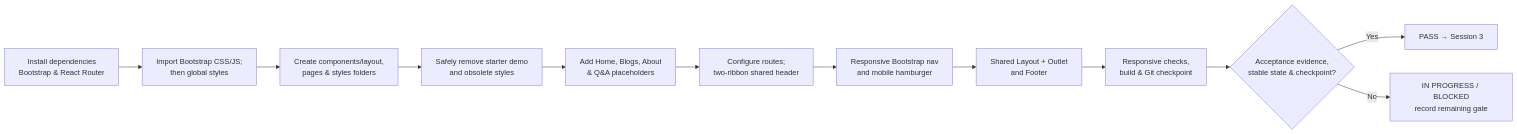
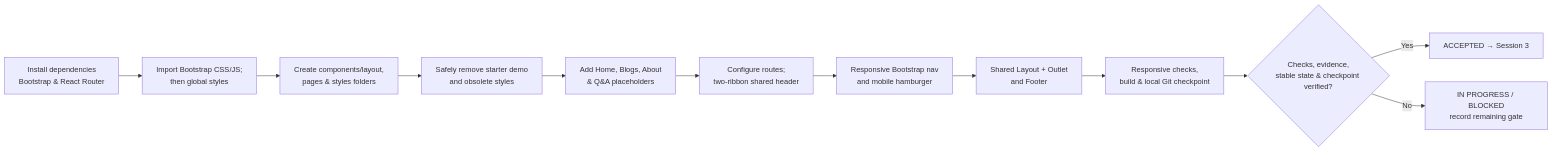
One commit to jaydeeprajputprojects-wq/codeclassic changed the fourth of 13 diagrams in docs/report/phase-1-session-report.md. Above: the diagram before and after it, drawn with Mermaid. The commit also changed other lines of this file and 4 other files, not shown here.

Commit message:
feat: update project context and session report to reflect Session 2 acceptance, revise learning guide for clarity, and replace execution plan document

````diff
--- a/docs/report/phase-1-session-report.md
+++ b/docs/report/phase-1-session-report.md
@@ -112,14 +114,14 @@
 ```mermaid
 flowchart LR
     A["Install dependencies<br/>Bootstrap & React Router"] --> B["Import Bootstrap CSS/JS;<br/>then global styles"]
     B --> C["Create components/layout,<br/>pages & styles folders"]
     C --> D["Safely remove starter demo<br/>and obsolete styles"]
     D --> E["Add Home, Blogs, About<br/>& Q&A placeholders"]
     E --> F["Configure routes;<br/>two-ribbon shared header"]
     F --> G["Responsive Bootstrap nav<br/>and mobile hamburger"]
     G --> H["Shared Layout + Outlet<br/>and Footer"]
-    H --> I["Responsive checks,<br/>build & Git checkpoint"]
-    I --> J{"Acceptance evidence,<br/>stable state & checkpoint?"}
-    J -- Yes --> K["PASS → Session 3"]
+    H --> I["Responsive checks,<br/>build & local Git checkpoint"]
+    I --> J{"Checks, evidence,<br/>stable state & checkpoint verified?"}
+    J -- Yes --> K["ACCEPTED → Session 3"]
     J -- No --> L["IN PROGRESS / BLOCKED<br/>record remaining gate"]
 ```
````
